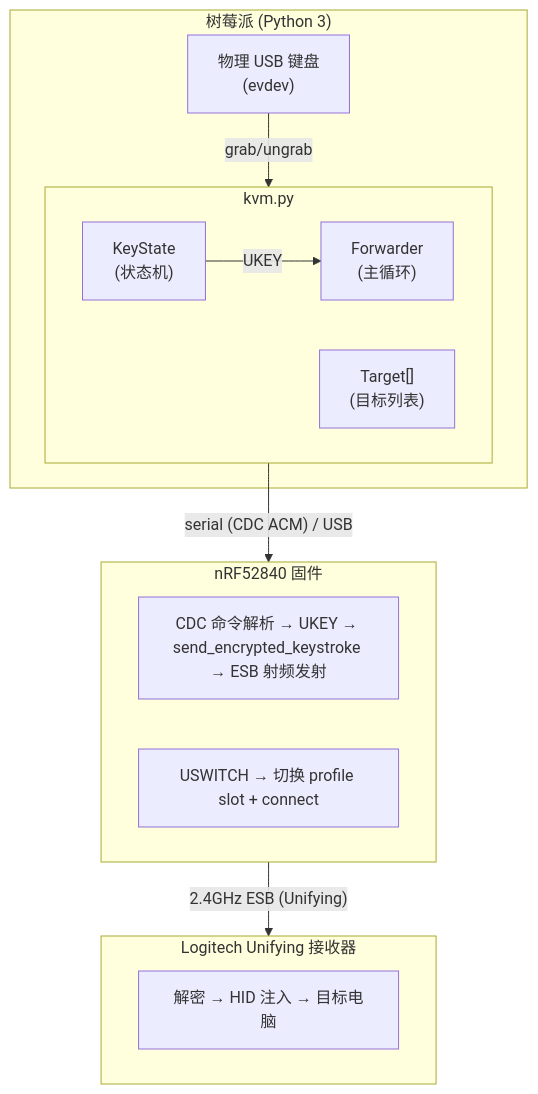
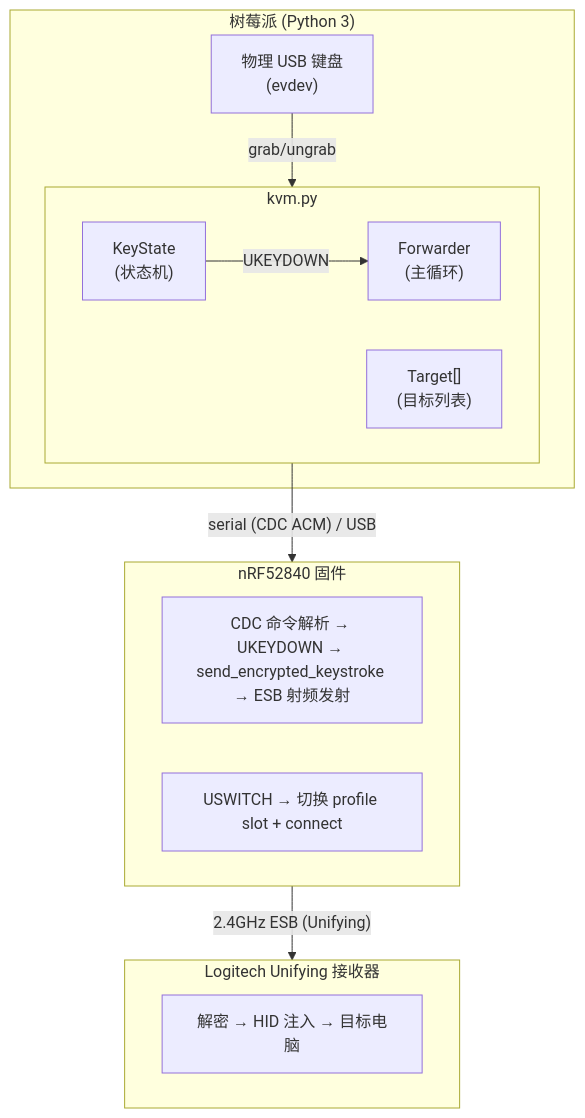
The first of 5 diagrams in docs/TECHNICAL.md (ZHLHZHU/unifying-kvm), drawn with Mermaid before and after one commit. The commit also changed other lines of this file and 1 other file, not shown here.

Commit message:
docs: 更新为 UKEYDOWN 协议 + AES counter 持久化说明 + 断电故障排查

````diff
--- a/docs/TECHNICAL.md
+++ b/docs/TECHNICAL.md
@@ -9,25 +9,25 @@
 ```mermaid
 graph TD
     subgraph Pi["树莓派 (Python 3)"]
         Keyboard["物理 USB 键盘<br/>(evdev)"]
         subgraph KVM["kvm.py"]
             KeyState["KeyState<br/>(状态机)"]
             Forwarder["Forwarder<br/>(主循环)"]
             Targets["Target[]<br/>(目标列表)"]
-            KeyState -->|UKEY| Forwarder
+            KeyState -->|UKEYDOWN| Forwarder
         end
         Keyboard -->|"grab/ungrab"| KVM
     end
 
     subgraph NRF["nRF52840 固件"]
-        CDC["CDC 命令解析 → UKEY → send_encrypted_keystroke → ESB 射频发射"]
+        CDC["CDC 命令解析 → UKEYDOWN → send_encrypted_keystroke → ESB 射频发射"]
         SWITCH["USWITCH → 切换 profile slot + connect"]
     end
 
     subgraph Receiver["Logitech Unifying 接收器"]
         RX["解密 → HID 注入 → 目标电脑"]
     end
 
     KVM -->|"serial (CDC ACM) / USB"| NRF
     NRF -->|"2.4GHz ESB (Unifying)"| Receiver
 ```
````
